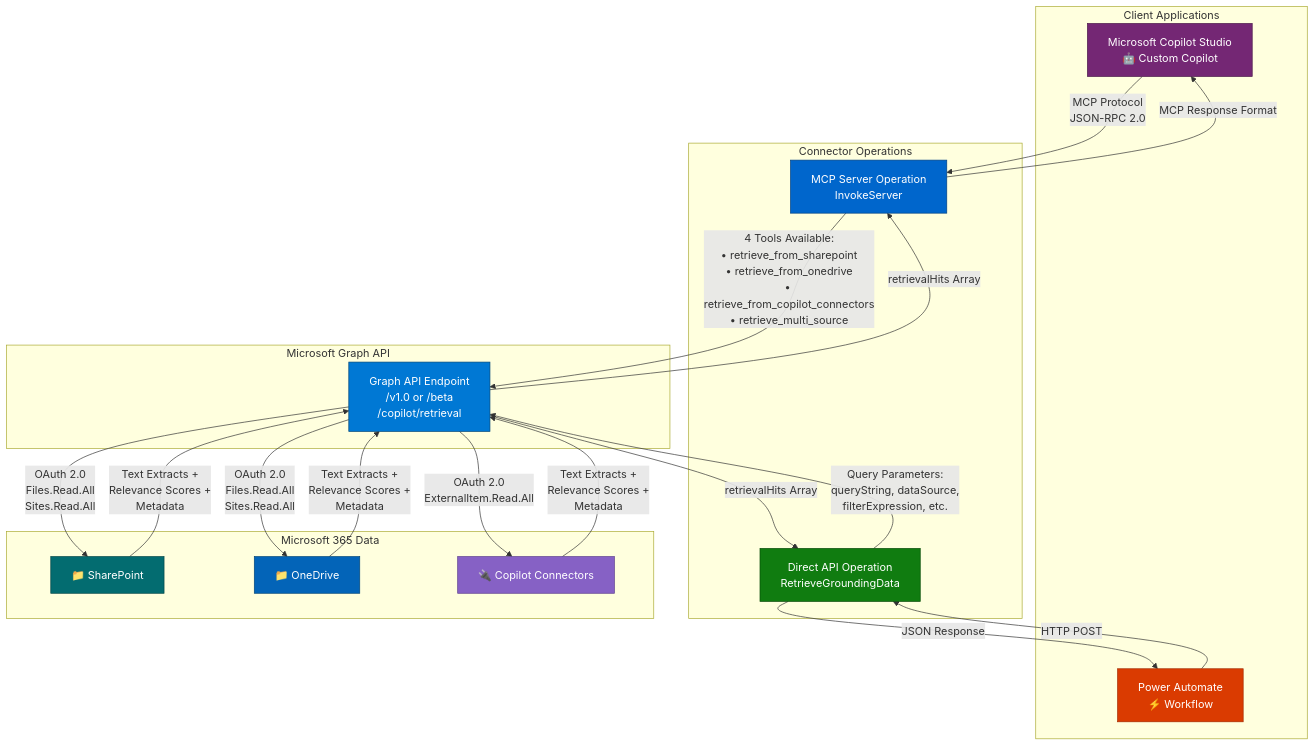
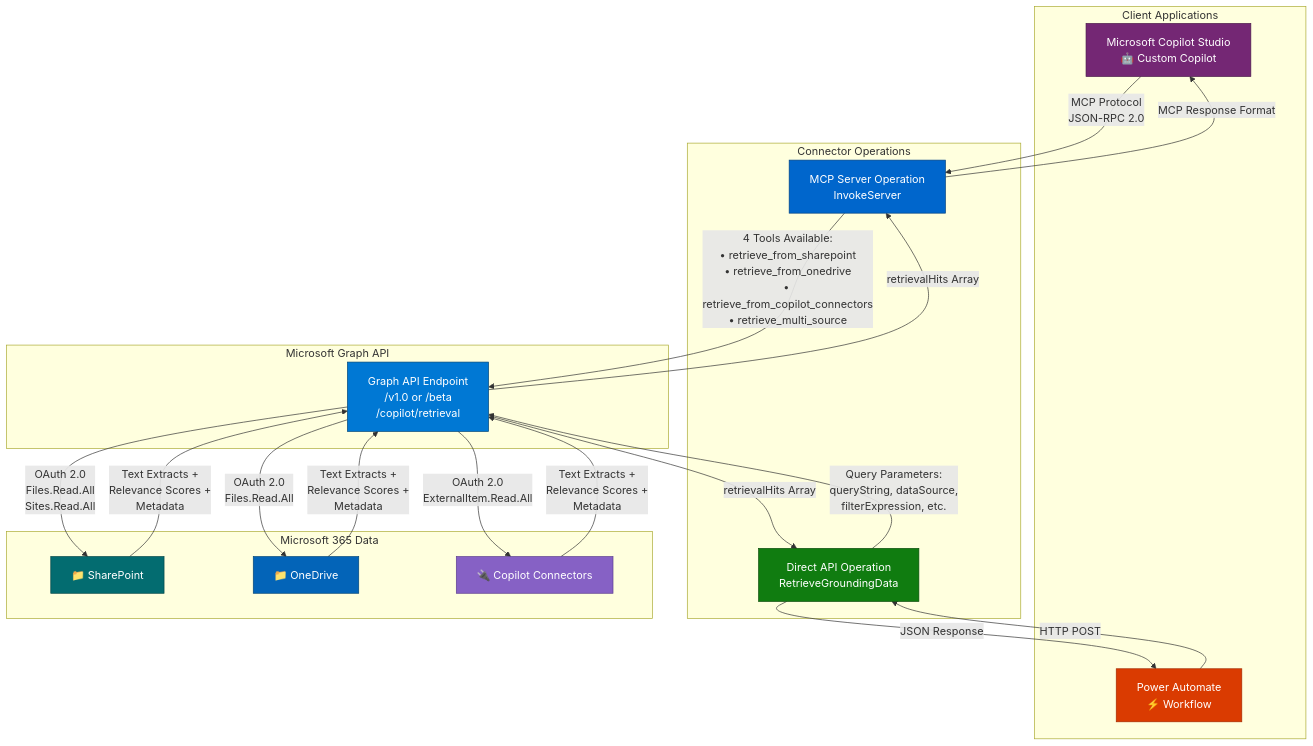
Before and after one commit to troystaylor/Connector-Code: the first of 2 diagrams in Copilot Retrieval/readme.md, drawn with Mermaid. The commit also changed other lines of this file, not shown here.

Commit message:
Fix OneDrive permissions - only requires Files.Read.All

````diff
--- a/Copilot Retrieval/readme.md
+++ b/Copilot Retrieval/readme.md
@@ -6,51 +6,51 @@
 ```mermaid
 graph TB
     subgraph "Client Applications"
         CS[Microsoft Copilot Studio<br/>🤖 Custom Copilot]
         PA[Power Automate<br/>⚡ Workflow]
     end
     
     subgraph "Connector Operations"
         MCP[MCP Server Operation<br/>InvokeServer]
         Direct[Direct API Operation<br/>RetrieveGroundingData]
     end
     
     subgraph "Microsoft Graph API"
         Graph[Graph API Endpoint<br/>/v1.0 or /beta<br/>/copilot/retrieval]
     end
     
     subgraph "Microsoft 365 Data"
         SPO[📁 SharePoint]
         ODB[📁 OneDrive]
         CC[🔌 Copilot Connectors]
     end
     
     CS -->|MCP Protocol<br/>JSON-RPC 2.0| MCP
     PA -->|HTTP POST| Direct
     
     MCP -->|4 Tools Available:<br/>• retrieve_from_sharepoint<br/>• retrieve_from_onedrive<br/>• retrieve_from_copilot_connectors<br/>• retrieve_multi_source| Graph
     Direct -->|Query Parameters:<br/>queryString, dataSource,<br/>filterExpression, etc.| Graph
     
     Graph -->|OAuth 2.0<br/>Files.Read.All<br/>Sites.Read.All| SPO
-    Graph -->|OAuth 2.0<br/>Files.Read.All<br/>Sites.Read.All| ODB
+    Graph -->|OAuth 2.0<br/>Files.Read.All| ODB
     Graph -->|OAuth 2.0<br/>ExternalItem.Read.All| CC
     
     SPO -->|Text Extracts +<br/>Relevance Scores +<br/>Metadata| Graph
     ODB -->|Text Extracts +<br/>Relevance Scores +<br/>Metadata| Graph
     CC -->|Text Extracts +<br/>Relevance Scores +<br/>Metadata| Graph
     
     Graph -->|retrievalHits Array| MCP
     Graph -->|retrievalHits Array| Direct
     
     MCP -->|MCP Response Format| CS
     Direct -->|JSON Response| PA
     
     style CS fill:#742774,stroke:#4a1a4a,color:#fff
     style PA fill:#da3b01,stroke:#a52a00,color:#fff
     style MCP fill:#0066cc,stroke:#004080,color:#fff
     style Direct fill:#107c10,stroke:#094c09,color:#fff
     style Graph fill:#0078d4,stroke:#004578,color:#fff
     style SPO fill:#036c70,stroke:#024547,color:#fff
     style ODB fill:#0364b8,stroke:#024578,color:#fff
     style CC fill:#8661c5,stroke:#5c3d8f,color:#fff
 ```
````
